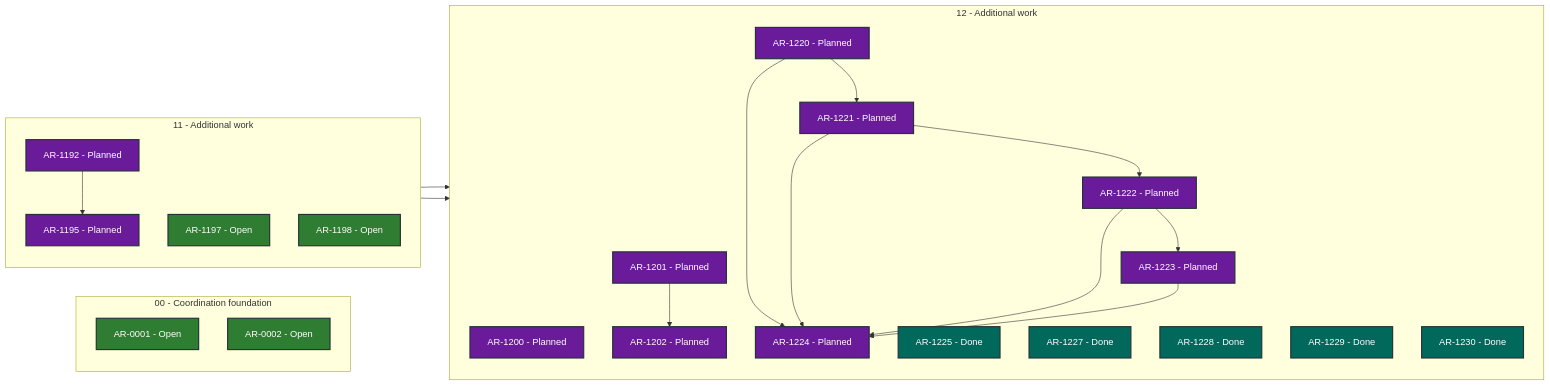
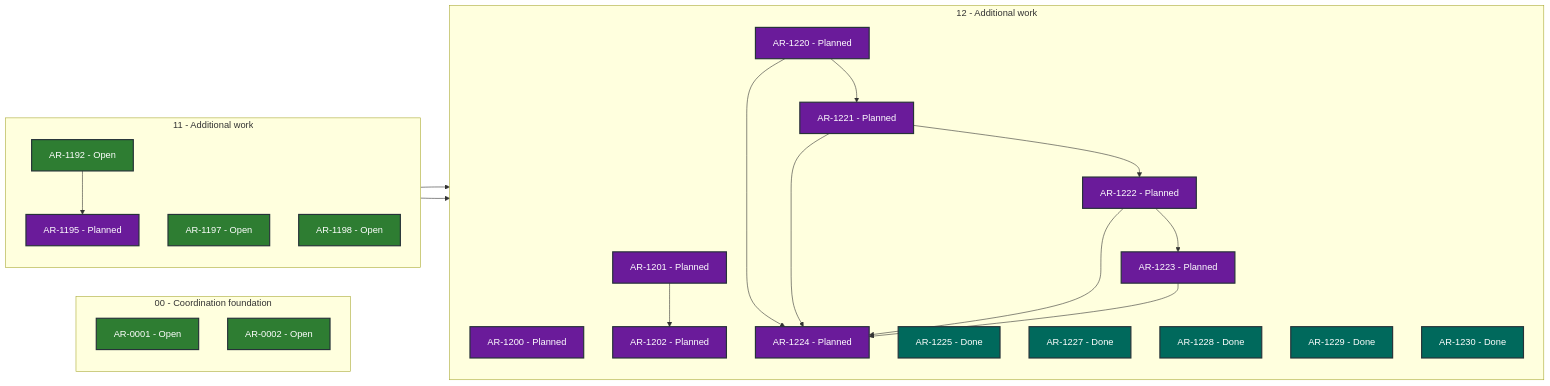
Before and after one commit to martin-beck/asb-tui-state: the diagram in STATUS.md, drawn with Mermaid. The commit also changed other lines of this file and 2 other files, not shown here.

````diff
--- a/STATUS.md
+++ b/STATUS.md
@@ -27,50 +27,50 @@
 ```mermaid
 flowchart LR
     subgraph series_00["00 - Coordination foundation"]
         direction TB
         AR_0001["AR-0001 - Open"]:::status_open
         AR_0002["AR-0002 - Open"]:::status_open
     end
     subgraph series_11["11 - Additional work"]
         direction TB
-        AR_1192["AR-1192 - Planned"]:::status_planned
+        AR_1192["AR-1192 - Open"]:::status_open
         AR_1195["AR-1195 - Planned"]:::status_planned
         AR_1197["AR-1197 - Open"]:::status_open
         AR_1198["AR-1198 - Open"]:::status_open
     end
     subgraph series_12["12 - Additional work"]
         direction TB
         AR_1200["AR-1200 - Planned"]:::status_planned
         AR_1201["AR-1201 - Planned"]:::status_planned
         AR_1202["AR-1202 - Planned"]:::status_planned
         AR_1220["AR-1220 - Planned"]:::status_planned
         AR_1221["AR-1221 - Planned"]:::status_planned
         AR_1222["AR-1222 - Planned"]:::status_planned
         AR_1223["AR-1223 - Planned"]:::status_planned
         AR_1224["AR-1224 - Planned"]:::status_planned
         AR_1225["AR-1225 - Done"]:::status_done
         AR_1227["AR-1227 - Done"]:::status_done
         AR_1228["AR-1228 - Done"]:::status_done
         AR_1229["AR-1229 - Done"]:::status_done
         AR_1230["AR-1230 - Done"]:::status_done
     end
     AR_1192 --> AR_1195
     AR_1195 --> AR_1200
     AR_1197 --> AR_1201
     AR_1201 --> AR_1202
     AR_1220 --> AR_1221
     AR_1220 --> AR_1224
     AR_1221 --> AR_1222
     AR_1221 --> AR_1224
     AR_1222 --> AR_1223
     AR_1222 --> AR_1224
     AR_1223 --> AR_1224
     classDef status_in_progress fill:#1565c0,color:#ffffff,stroke:#263238,stroke-width:2px
     classDef status_open fill:#2e7d32,color:#ffffff,stroke:#263238,stroke-width:2px
     classDef status_blocked fill:#c62828,color:#ffffff,stroke:#263238,stroke-width:2px
     classDef status_planned fill:#6a1b9a,color:#ffffff,stroke:#263238,stroke-width:2px
     classDef status_future fill:#455a64,color:#ffffff,stroke:#263238,stroke-width:2px
     classDef status_done fill:#00695c,color:#ffffff,stroke:#263238,stroke-width:2px
     classDef status_cancelled fill:#616161,color:#ffffff,stroke:#263238,stroke-width:2px
     classDef status_superseded fill:#5d4037,color:#ffffff,stroke:#263238,stroke-width:2px
 ```
````
